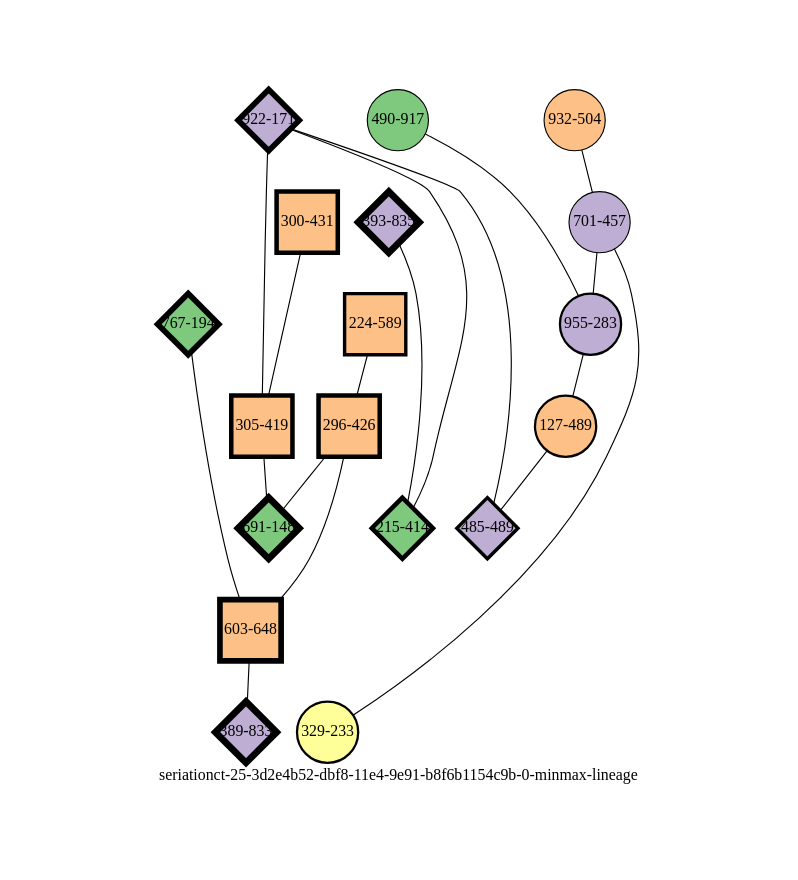
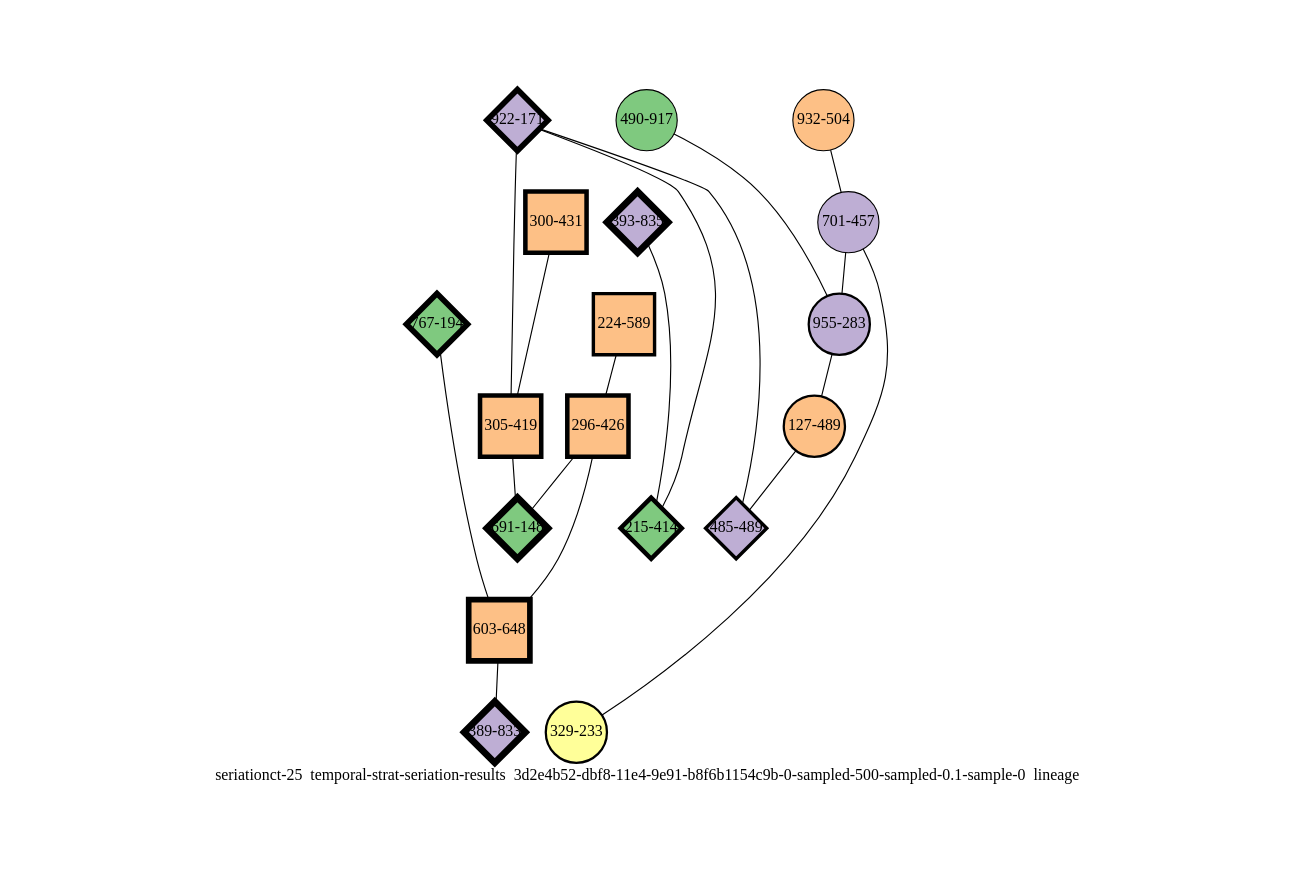
One commit to mmadsen/experiment-seriationct changed the diagram in experiments/seriationct-25/temporal-strat-seriation-results/3d2e4b52-dbf8-11e4-9e91-b8f6b1154c9b-0-sampled-500-sampled-0.1-sample-0/3d2e4b52-dbf8-11e4-9e91-b8f6b1154c9b-0-sampled-500-sampled-0.1-sample-0-minmax-by-weight.png-lineage-annotated-chronological.dot. Above: the diagram before and after it, drawn with Graphviz. The commit also changed 1117 other files, not shown here.

```diff
--- a/experiments/seriationct-25/temporal-strat-seriation-results/3d2e4b52-dbf8-11e4-9e91-b8f6b1154c9b-0-sampled-500-sampled-0.1-sample-0/3d2e4b52-dbf8-11e4-9e91-b8f6b1154c9b-0-sampled-500-sampled-0.1-sample-0-minmax-by-weight.png-lineage-annotated-chronological.dot
+++ b/experiments/seriationct-25/temporal-strat-seriation-results/3d2e4b52-dbf8-11e4-9e91-b8f6b1154c9b-0-sampled-500-sampled-0.1-sample-0/3d2e4b52-dbf8-11e4-9e91-b8f6b1154c9b-0-sampled-500-sampled-0.1-sample-0-minmax-by-weight.png-lineage-annotated-chronological.dot
@@ -1,42 +1,42 @@
-strict graph "seriationct-25-3d2e4b52-dbf8-11e4-9e91-b8f6b1154c9b-0-minmax-lineage" {
+strict graph "seriationct-25  temporal-strat-seriation-results  3d2e4b52-dbf8-11e4-9e91-b8f6b1154c9b-0-sampled-500-sampled-0.1-sample-0  lineage" {
 labelloc=b;
 ratio=auto;
 pad="1.0";
-label="seriationct-25-3d2e4b52-dbf8-11e4-9e91-b8f6b1154c9b-0-minmax-lineage";
+label="seriationct-25  temporal-strat-seriation-results  3d2e4b52-dbf8-11e4-9e91-b8f6b1154c9b-0-sampled-500-sampled-0.1-sample-0  lineage";
 node [width="0.75", style=filled, fixedsize=true, height="0.75", shape=circle, label=""];
 0 [xCoordinate="431.0", appears_in_slice=4, yCoordinate="300.0", colorscheme=accent6, lineage_id=1, short_label="300-431", label="300-431", shape=square, cluster_id=2, fillcolor=3, size="500.0", id=0, penwidth="4.0"];
 1 [xCoordinate="504.0", appears_in_slice=1, yCoordinate="932.0", colorscheme=accent6, lineage_id=0, short_label="932-504", label="932-504", shape=circle, cluster_id=2, fillcolor=3, size="500.0", id=8, penwidth="1.0"];
 2 [xCoordinate="835.0", appears_in_slice=6, yCoordinate="393.0", colorscheme=accent6, lineage_id=2, short_label="393-835", label="393-835", shape=diamond, cluster_id=1, fillcolor=2, size="500.0", id=1, penwidth="6.0"];
 3 [xCoordinate="589.0", appears_in_slice=3, yCoordinate="224.0", colorscheme=accent6, lineage_id=1, short_label="224-589", label="224-589", shape=square, cluster_id=2, fillcolor=3, size="500.0", id=2, penwidth="3.0"];
 4 [xCoordinate="917.0", appears_in_slice=1, yCoordinate="490.0", colorscheme=accent6, lineage_id=0, short_label="490-917", label="490-917", shape=circle, cluster_id=0, fillcolor=1, size="500.0", id=3, penwidth="1.0"];
 5 [xCoordinate="171.0", appears_in_slice=5, yCoordinate="922.0", colorscheme=accent6, lineage_id=2, short_label="922-171", label="922-171", shape=diamond, cluster_id=1, fillcolor=2, size="500.0", id=4, penwidth="5.0"];
 6 [xCoordinate="457.0", appears_in_slice=1, yCoordinate="701.0", colorscheme=accent6, lineage_id=0, short_label="701-457", label="701-457", shape=circle, cluster_id=1, fillcolor=2, size="500.0", id=5, penwidth="1.0"];
 7 [xCoordinate="414.0", appears_in_slice=4, yCoordinate="215.0", colorscheme=accent6, lineage_id=2, short_label="215-414", label="215-414", shape=diamond, cluster_id=0, fillcolor=1, size="500.0", id=6, penwidth="4.0"];
 8 [xCoordinate="233.0", appears_in_slice=2, yCoordinate="329.0", colorscheme=accent6, lineage_id=0, short_label="329-233", label="329-233", shape=circle, cluster_id=3, fillcolor=4, size="500.0", id=7, penwidth="2.0"];
 9 [xCoordinate="426.0", appears_in_slice=4, yCoordinate="296.0", colorscheme=accent6, lineage_id=1, short_label="296-426", label="296-426", shape=square, cluster_id=2, fillcolor=3, size="500.0", id=10, penwidth="4.0"];
 10 [xCoordinate="283.0", appears_in_slice=2, yCoordinate="955.0", colorscheme=accent6, lineage_id=0, short_label="955-283", label="955-283", shape=circle, cluster_id=1, fillcolor=2, size="500.0", id=9, penwidth="2.0"];
 11 [xCoordinate="489.0", appears_in_slice=2, yCoordinate="127.0", colorscheme=accent6, lineage_id=0, short_label="127-489", label="127-489", shape=circle, cluster_id=2, fillcolor=3, size="500.0", id=11, penwidth="2.0"];
 12 [xCoordinate="489.0", appears_in_slice=3, yCoordinate="485.0", colorscheme=accent6, lineage_id=2, short_label="485-489", label="485-489", shape=diamond, cluster_id=1, fillcolor=2, size="500.0", id=12, penwidth="3.0"];
 13 [xCoordinate="194.0", appears_in_slice=5, yCoordinate="767.0", colorscheme=accent6, lineage_id=2, short_label="767-194", label="767-194", shape=diamond, cluster_id=0, fillcolor=1, size="500.0", id=13, penwidth="5.0"];
 14 [xCoordinate="419.0", appears_in_slice=4, yCoordinate="305.0", colorscheme=accent6, lineage_id=1, short_label="305-419", label="305-419", shape=square, cluster_id=2, fillcolor=3, size="500.0", id=14, penwidth="4.0"];
 15 [xCoordinate="648.0", appears_in_slice=5, yCoordinate="603.0", colorscheme=accent6, lineage_id=1, short_label="603-648", label="603-648", shape=square, cluster_id=2, fillcolor=3, size="500.0", id=15, penwidth="5.0"];
 16 [xCoordinate="833.0", appears_in_slice=6, yCoordinate="389.0", colorscheme=accent6, lineage_id=2, short_label="389-833", label="389-833", shape=diamond, cluster_id=1, fillcolor=2, size="500.0", id=16, penwidth="6.0"];
 17 [xCoordinate="148.0", appears_in_slice=6, yCoordinate="691.0", colorscheme=accent6, lineage_id=2, short_label="691-148", label="691-148", shape=diamond, cluster_id=0, fillcolor=1, size="500.0", id=17, penwidth="6.0"];
 0 -- 14  [inverseweight="12.4766282126", weight="0.0801498596381"];
 1 -- 6  [inverseweight="7.53607106561", weight="0.132695139323"];
 2 -- 7  [inverseweight="2.85541847197", weight="0.35021136475"];
 3 -- 9  [inverseweight="2.35128203335", weight="0.425299894192"];
 4 -- 10  [inverseweight="2.41734959725", weight="0.413676201878"];
 5 -- 12  [inverseweight="2.73113968894", weight="0.366147511257"];
 5 -- 14  [inverseweight="2.39495025429", weight="0.417545207133"];
 5 -- 7  [inverseweight="3.25265606496", weight="0.30744105126"];
 6 -- 8  [inverseweight="2.48716206893", weight="0.402064671415"];
 6 -- 10  [inverseweight="2.97640139646", weight="0.335976189633"];
 9 -- 17  [inverseweight="2.68282660419", weight="0.372741197079"];
 9 -- 15  [inverseweight="1.49239768819", weight="0.670062683635"];
 10 -- 11  [inverseweight="3.68444731835", weight="0.271411127259"];
 11 -- 12  [inverseweight="2.31115205253", weight="0.432684642667"];
 13 -- 15  [inverseweight="18.4302445194", weight="0.054258639865"];
 14 -- 17  [inverseweight="2.13909738182", weight="0.467486898212"];
 15 -- 16  [inverseweight="1.49051326315", weight="0.670909830007"];
 }
```
